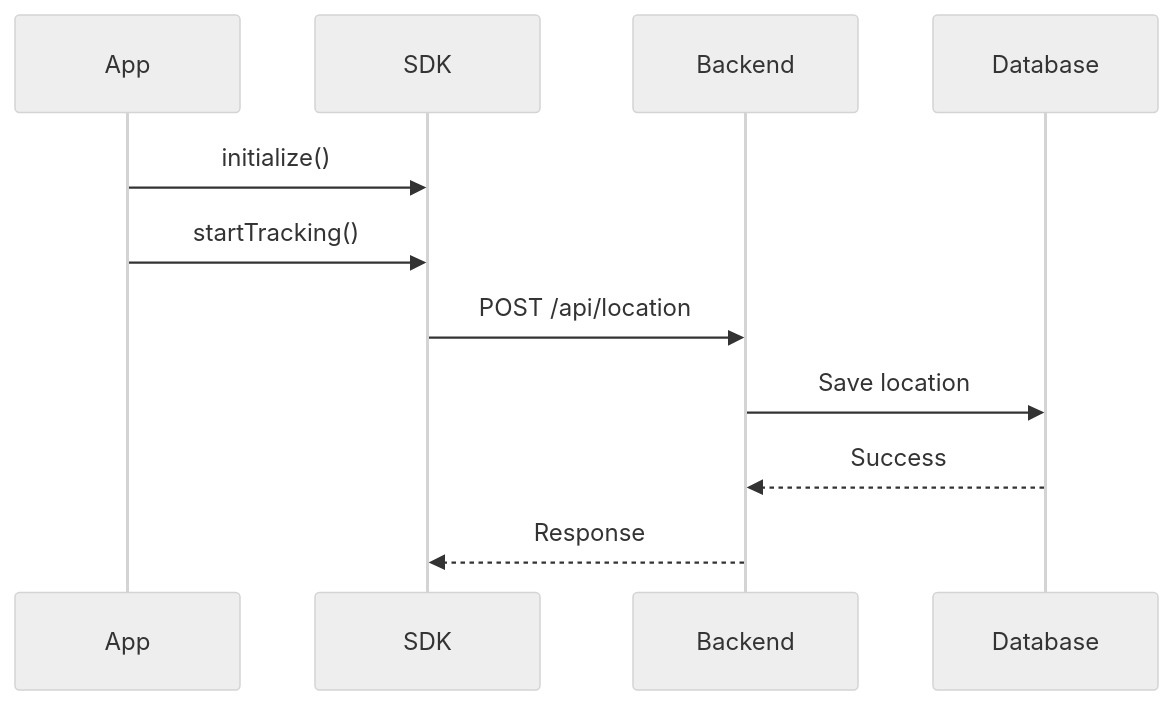
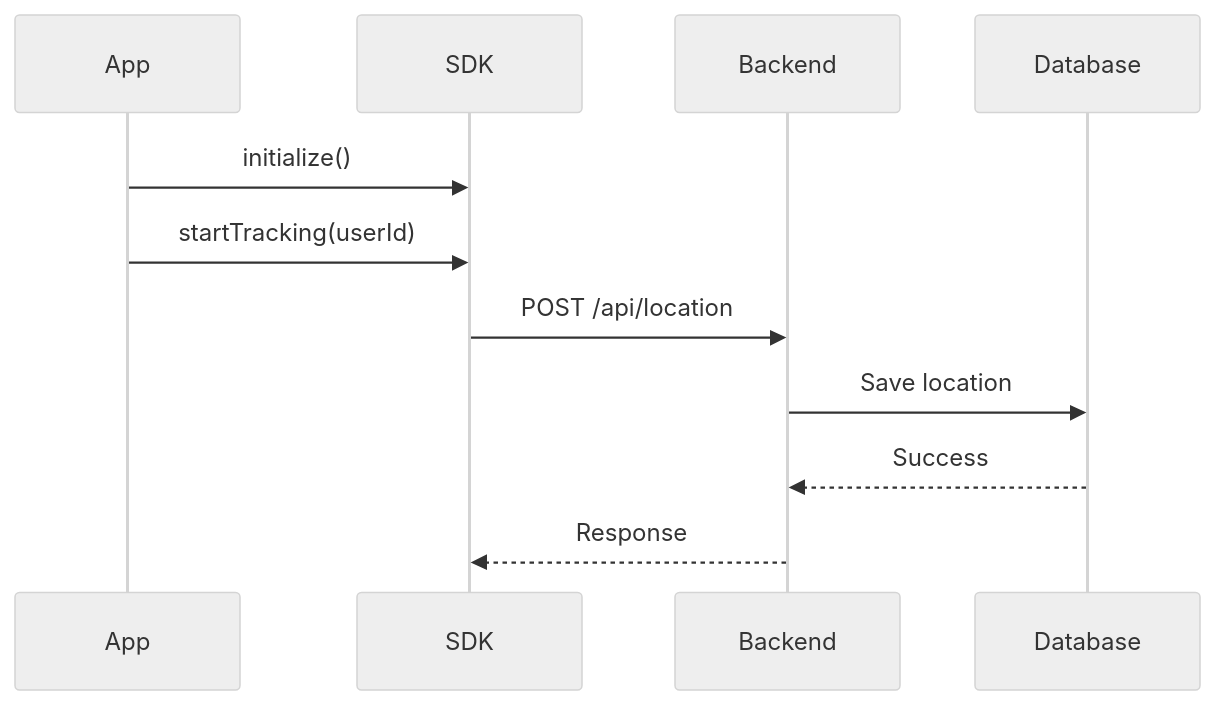
Before and after one commit to MayaYakobi131/SmartMotionSDK: the fifth of 5 diagrams in README.md, drawn with Mermaid (neutral theme). The commit also changed other lines of this file, not shown here.

````diff
--- a/README.md
+++ b/README.md
@@ -448,20 +418,20 @@
 ```mermaid
 sequenceDiagram
 
 participant App
 participant SDK
 participant Backend
 participant Database
 
 App->>SDK: initialize()
 
-App->>SDK: startTracking()
+App->>SDK: startTracking(userId)
 
 SDK->>Backend: POST /api/location
 
 Backend->>Database: Save location
 
 Database-->>Backend: Success
 
 Backend-->>SDK: Response
 ```
````
